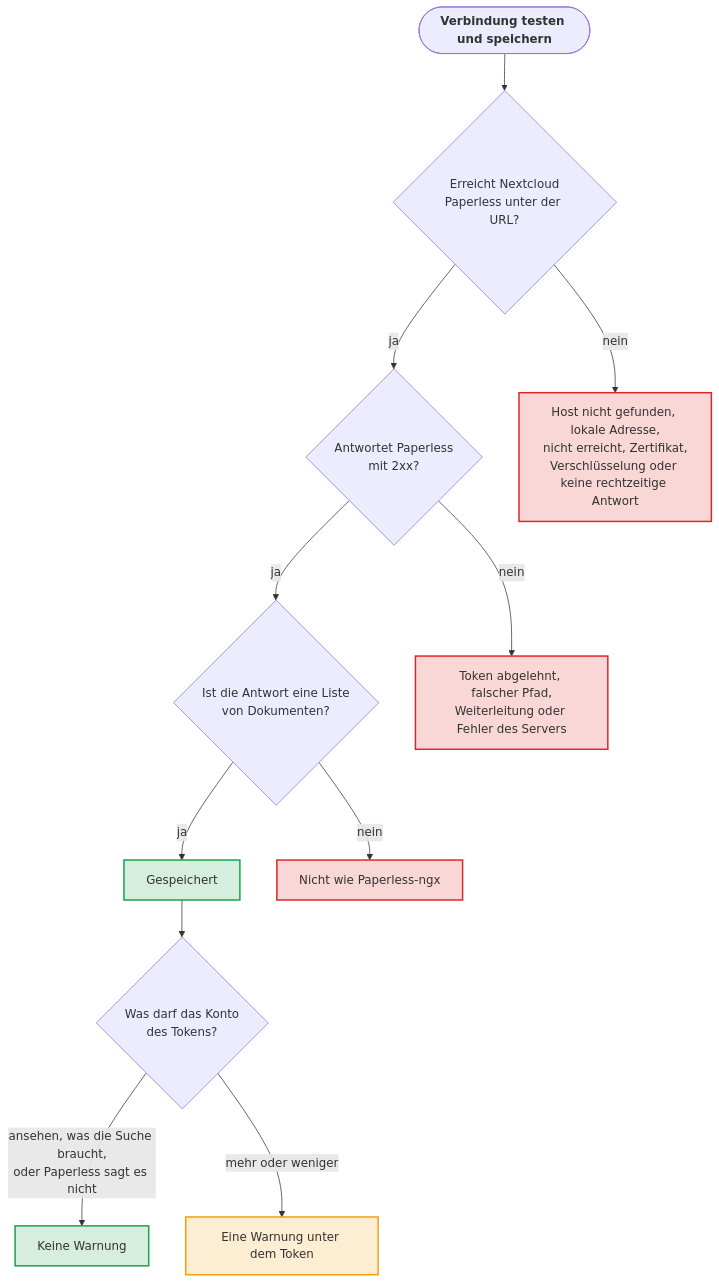
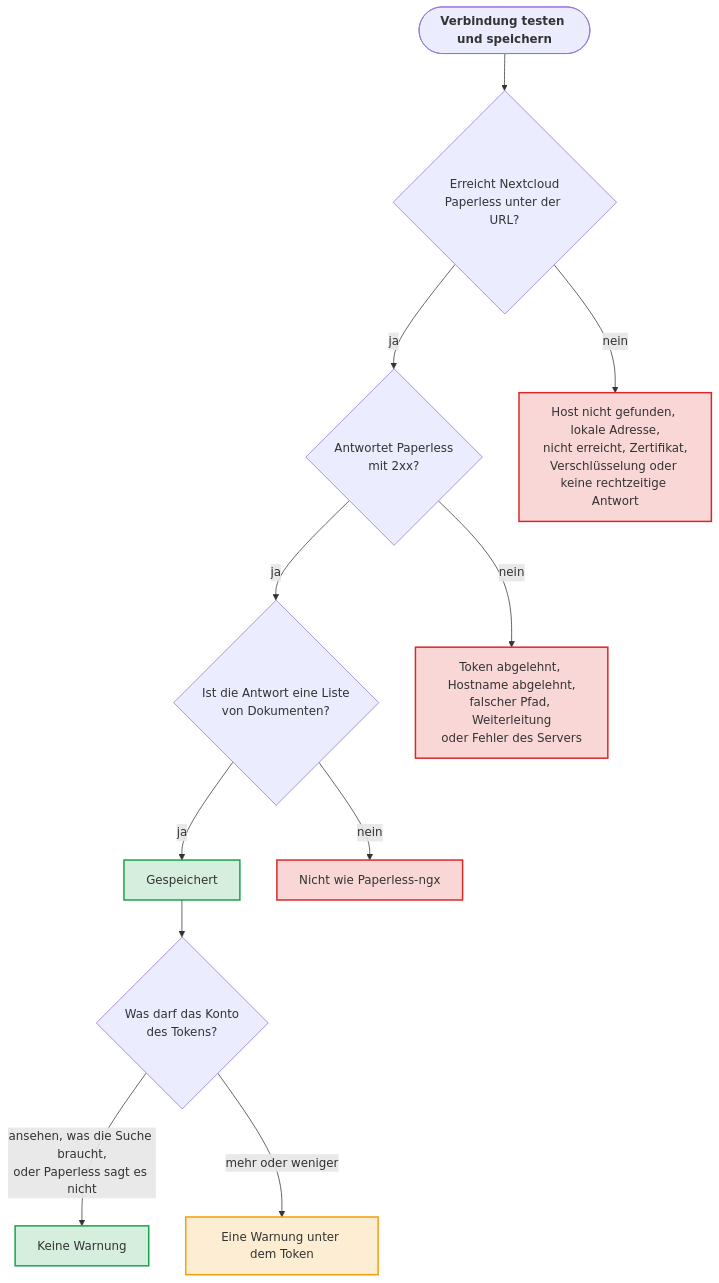
Before and after one commit to Dennis-Otto/paperless-unified-search: the diagram in docs/diagrams/what-the-test-of-the-connection-checks.de.mmd, drawn with Mermaid. The commit also changed 40 other files, not shown here.

First line of the commit message:
fix: name a host name that Paperless-ngx 3.5 refuses, and what to change (#492)

```diff
--- a/docs/diagrams/what-the-test-of-the-connection-checks.de.mmd
+++ b/docs/diagrams/what-the-test-of-the-connection-checks.de.mmd
@@ -1,33 +1,33 @@
 flowchart TB
     accTitle: Was der Test der Verbindung prüft
-    accDescr: Verbindung testen und speichern fragt Paperless nach einem Dokument. Zuerst muss Nextcloud Paperless unter der URL erreichen: seinen Host finden, sich mit seiner Adresse verbinden dürfen, sich innerhalb von 3 Sekunden verbinden, seinem Zertifikat vertrauen und innerhalb von 10 Sekunden eine Antwort bekommen; sonst nennt die Meldung, was davon fehlgeschlagen ist. Dann muss Paperless mit einem Status 2xx antworten; ein abgelehntes Token, ein falscher Pfad, eine Weiterleitung oder ein Fehler des Servers haben je eine eigene Meldung. Zuletzt muss die Antwort eine Liste von Dokumenten von Paperless-ngx sein. Erst dann werden die Einstellungen gespeichert. Zuletzt sagt Paperless, was das Konto des Tokens darf, wenn es seine UI-Einstellungen ansehen darf, und die Einstellungen warnen unter dem Token vor einem Superuser, einem Admin, einem Konto, das Dokumente ändern darf, oder einem, das keine Korrespondenten, Dokumenttypen oder Tags ansehen darf oder nicht die der neuesten Dokumente, die einem anderen Benutzer gehören.
+    accDescr: Verbindung testen und speichern fragt Paperless nach einem Dokument. Zuerst muss Nextcloud Paperless unter der URL erreichen: seinen Host finden, sich mit seiner Adresse verbinden dürfen, sich innerhalb von 3 Sekunden verbinden, seinem Zertifikat vertrauen und innerhalb von 10 Sekunden eine Antwort bekommen; sonst nennt die Meldung, was davon fehlgeschlagen ist. Dann muss Paperless mit einem Status 2xx antworten; ein abgelehntes Token, ein abgelehnter Hostname, ein falscher Pfad, eine Weiterleitung oder ein Fehler des Servers haben je eine eigene Meldung. Zuletzt muss die Antwort eine Liste von Dokumenten von Paperless-ngx sein. Erst dann werden die Einstellungen gespeichert. Zuletzt sagt Paperless, was das Konto des Tokens darf, wenn es seine UI-Einstellungen ansehen darf, und die Einstellungen warnen unter dem Token vor einem Superuser, einem Admin, einem Konto, das Dokumente ändern darf, oder einem, das keine Korrespondenten, Dokumenttypen oder Tags ansehen darf oder nicht die der neuesten Dokumente, die einem anderen Benutzer gehören.
 
     test(["`**Verbindung testen und speichern**`"])
     reach{"Erreicht Nextcloud<br>Paperless unter der URL?"}
     status{"Antwortet Paperless<br>mit 2xx?"}
     list{"Ist die Antwort eine Liste<br>von Dokumenten?"}
     saved["Gespeichert"]
     may{"Was darf das Konto<br>des Tokens?"}
     viewing["Keine Warnung"]
     warned["Eine Warnung unter dem Token"]
     network["Host nicht gefunden, lokale Adresse,<br>nicht erreicht, Zertifikat,<br>Verschlüsselung oder keine rechtzeitige Antwort"]
-    refused["Token abgelehnt, falscher Pfad,<br>Weiterleitung oder Fehler des Servers"]
+    refused["Token abgelehnt, Hostname abgelehnt,<br>falscher Pfad, Weiterleitung<br>oder Fehler des Servers"]
     other["Nicht wie Paperless-ngx"]
 
     test --> reach
     reach -- "ja" --> status
     reach -- "nein" --> network
     status -- "ja" --> list
     status -- "nein" --> refused
     list -- "ja" --> saved
     list -- "nein" --> other
     saved --> may
     may -- "ansehen, was die Suche braucht,<br>oder Paperless sagt es nicht" --> viewing
     may -- "mehr oder weniger" --> warned
 
     classDef yes fill:#16a34a2e,stroke:#16a34a,stroke-width:2px
     classDef no fill:#dc26262e,stroke:#dc2626,stroke-width:2px
     classDef warn fill:#f59e0b2e,stroke:#f59e0b,stroke-width:2px
     class saved,viewing yes
     class warned warn
     class network,refused,other no
```
